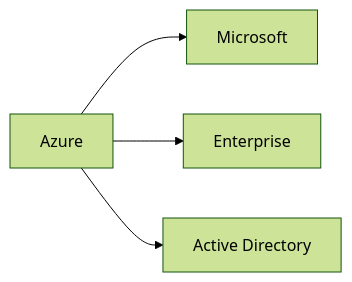
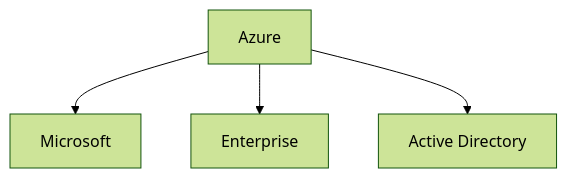
One commit to zyrass/omnydocs changed the third of 31 diagrams in docs/glossaire/cloud-computing.md. Above: the diagram before and after it, drawn with Mermaid (forest theme). The commit also changed other lines of this file and 1780 other files, not shown here.

````diff
--- a/docs/glossaire/cloud-computing.md
+++ b/docs/glossaire/cloud-computing.md
@@ -64,6 +78,6 @@
-    ```mermaid
-    graph LR
-        A[Azure] --> B[Microsoft]
-        A --> C[Enterprise]
-        A --> D[Active Directory]
-    ```
+```mermaid
+graph TB
+    A[Azure] --> B[Microsoft]
+    A --> C[Enterprise]
+    A --> D[Active Directory]
+```
````
